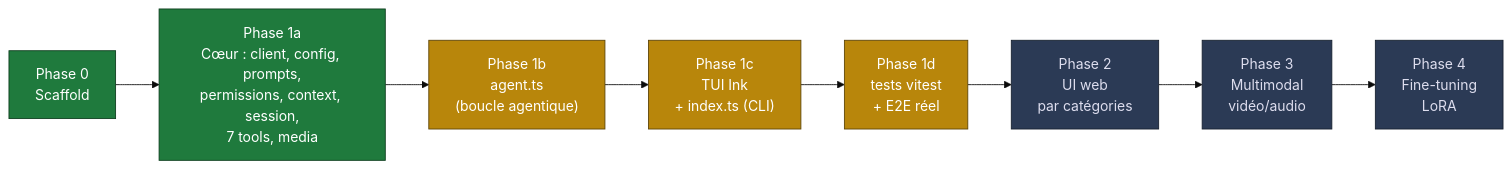
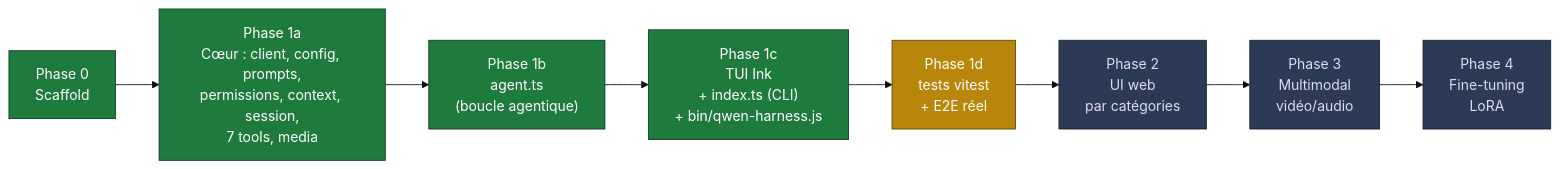
Before and after one commit to Tromset/Ollama-Code: the tenth of 10 diagrams in DOCUMENTATION.md, drawn with Mermaid (base theme). The commit also changed other lines of this file and 3 other files, not shown here.

Commit message:
feat: update documentation and README for qwen-harness setup and usage

````diff
--- a/DOCUMENTATION.md
+++ b/DOCUMENTATION.md
@@ -483,17 +507,17 @@
 ```mermaid
 flowchart LR
     P0["Phase 0<br/>Scaffold"]:::done
     P1a["Phase 1a<br/>Cœur : client, config, prompts,<br/>permissions, context, session,<br/>7 tools, media"]:::done
-    P1b["Phase 1b<br/>agent.ts<br/>(boucle agentique)"]:::todo
-    P1c["Phase 1c<br/>TUI Ink<br/>+ index.ts (CLI)"]:::todo
-    P1d["Phase 1d<br/>tests vitest<br/>+ E2E réel"]:::todo
+    P1b["Phase 1b<br/>agent.ts<br/>(boucle agentique)"]:::done
+    P1c["Phase 1c<br/>TUI Ink<br/>+ index.ts (CLI)<br/>+ bin/qwen-harness.js"]:::done
+    P1d["Phase 1d<br/>tests vitest<br/>+ E2E réel"]:::partial
     P2["Phase 2<br/>UI web<br/>par catégories"]:::future
     P3["Phase 3<br/>Multimodal<br/>vidéo/audio"]:::future
     P4["Phase 4<br/>Fine-tuning<br/>LoRA"]:::future
 
     P0 --> P1a --> P1b --> P1c --> P1d --> P2 --> P3 --> P4
 
     classDef done fill:#1f7a3d,color:#fff,stroke:#0d3d1e;
-    classDef todo fill:#b8860b,color:#fff,stroke:#5c4407;
+    classDef partial fill:#b8860b,color:#fff,stroke:#5c4407;
     classDef future fill:#2b3a55,color:#dde,stroke:#16202f;
 ```
````
